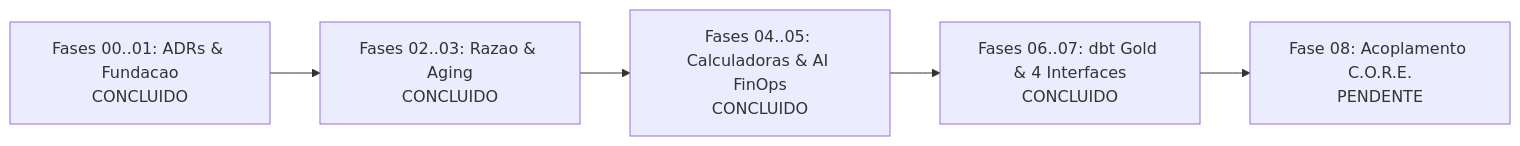
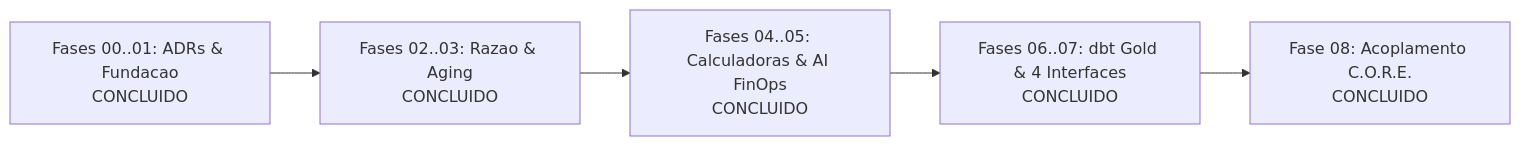
Before and after one commit to jhsfhtls/finops-capex-revenue-lakehouse: the diagram in JORNADA_IMPLEMENTACAO.md, drawn with Mermaid. The commit also changed other lines of this file and 1 other file, not shown here.

````diff
--- a/JORNADA_IMPLEMENTACAO.md
+++ b/JORNADA_IMPLEMENTACAO.md
@@ -23,7 +23,7 @@
 ```mermaid
 flowchart LR
     F01["Fases 00..01: ADRs & Fundacao<br/>CONCLUIDO"] --> F03["Fases 02..03: Razao & Aging<br/>CONCLUIDO"]
     F03 --> F05["Fases 04..05: Calculadoras & AI FinOps<br/>CONCLUIDO"]
     F05 --> F07["Fases 06..07: dbt Gold & 4 Interfaces<br/>CONCLUIDO"]
-    F07 --> F08["Fase 08: Acoplamento C.O.R.E.<br/>PENDENTE"]
+    F07 --> F08["Fase 08: Acoplamento C.O.R.E.<br/>CONCLUIDO"]
 ```
````
